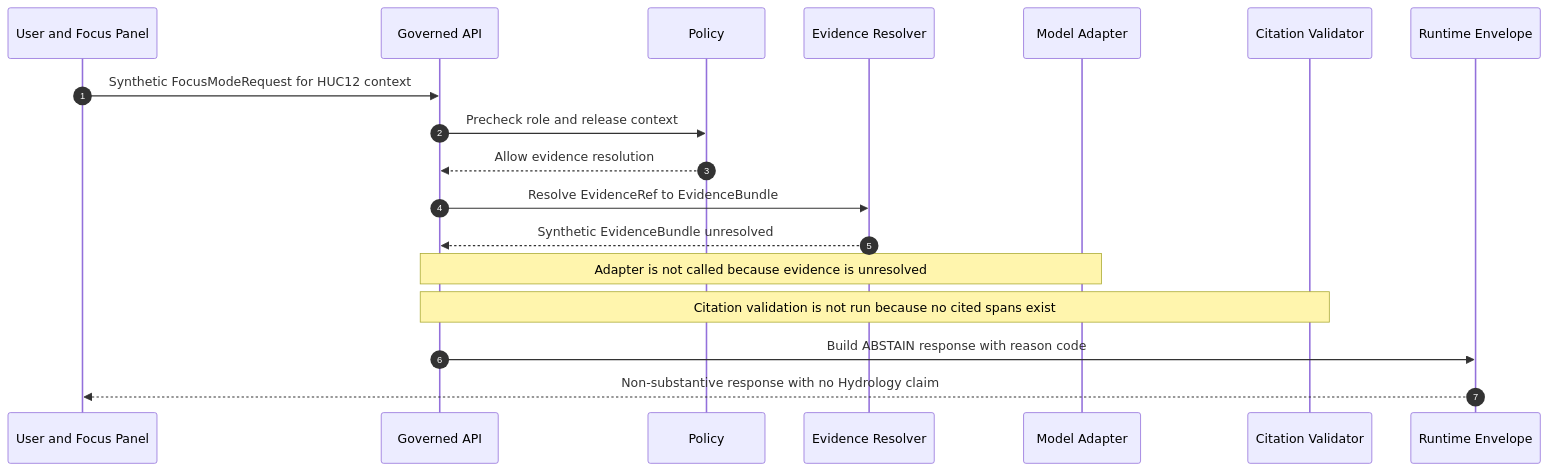
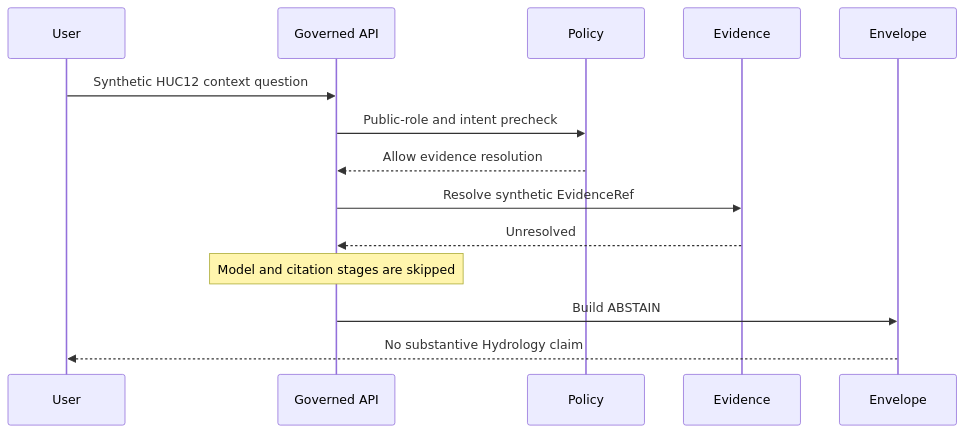
Before and after one commit to bartytime4life/Kansas-Frontier-Matrix: the diagram in examples/focus_flows/hydrology_huc12_question.md, drawn with Mermaid. The commit also changed other lines of this file and 7 other files, not shown here.

````diff
--- a/examples/focus_flows/hydrology_huc12_question.md
+++ b/examples/focus_flows/hydrology_huc12_question.md
@@ -129,21 +92,16 @@
 ```mermaid
 sequenceDiagram
-    autonumber
-    participant User as User and Focus Panel
+    participant User
     participant API as Governed API
-    participant Policy as Policy
-    participant Evidence as Evidence Resolver
-    participant Adapter as Model Adapter
-    participant Citation as Citation Validator
-    participant Envelope as Runtime Envelope
-
-    User->>API: Synthetic FocusModeRequest for HUC12 context
-    API->>Policy: Precheck role and release context
+    participant Policy
+    participant Evidence
+    participant Envelope
+    User->>API: Synthetic HUC12 context question
+    API->>Policy: Public-role and intent precheck
     Policy-->>API: Allow evidence resolution
-    API->>Evidence: Resolve EvidenceRef to EvidenceBundle
-    Evidence-->>API: Synthetic EvidenceBundle unresolved
-    Note over API,Adapter: Adapter is not called because evidence is unresolved
-    Note over API,Citation: Citation validation is not run because no cited spans exist
-    API->>Envelope: Build ABSTAIN response with reason code
-    Envelope-->>User: Non-substantive response with no Hydrology claim
+    API->>Evidence: Resolve synthetic EvidenceRef
+    Evidence-->>API: Unresolved
+    Note over API: Model and citation stages are skipped
+    API->>Envelope: Build ABSTAIN
+    Envelope-->>User: No substantive Hydrology claim
 ```
````
